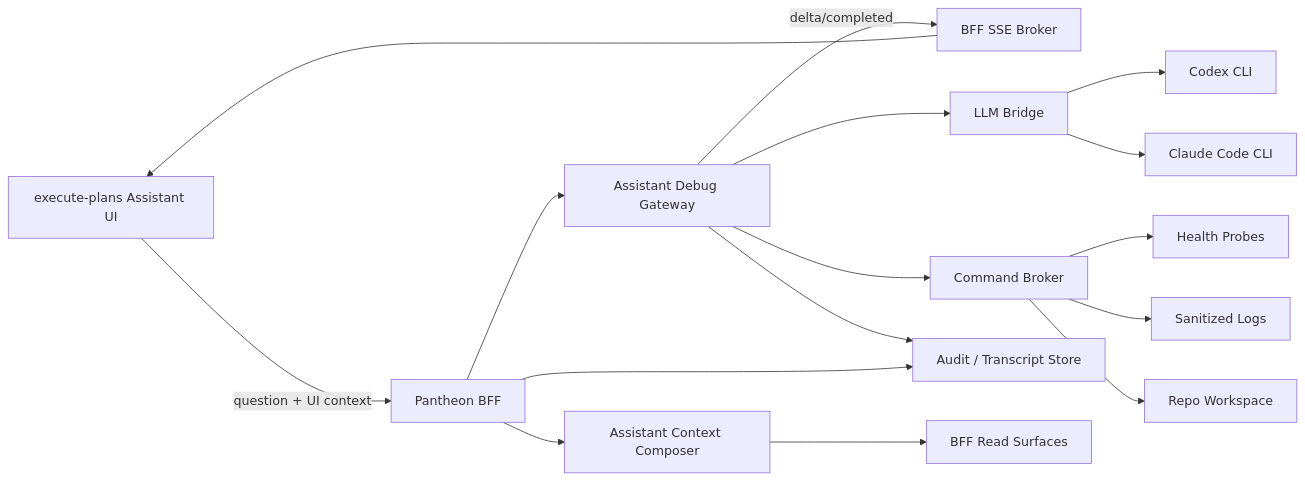
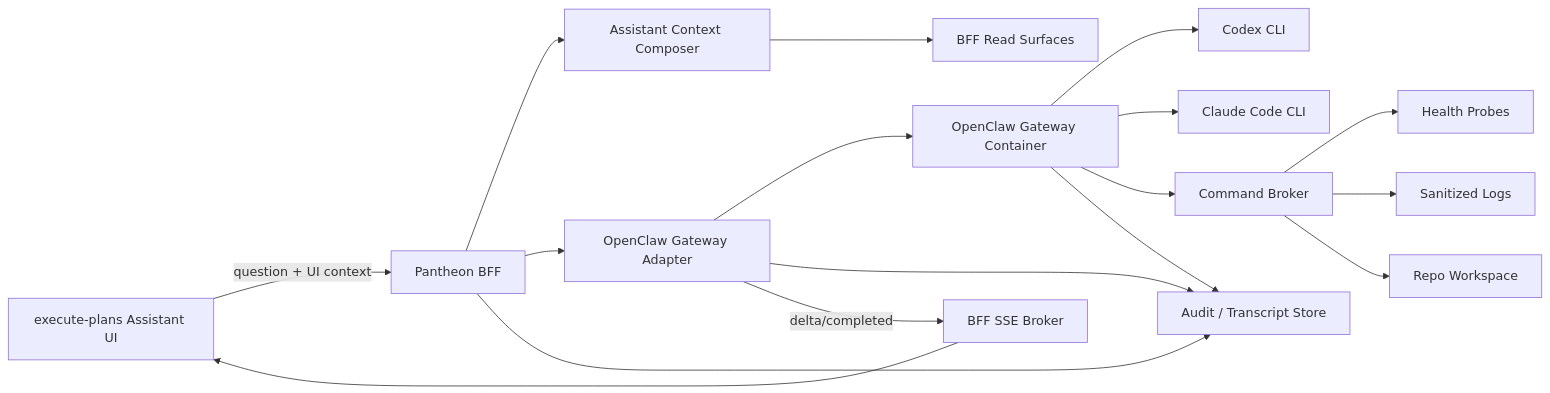
The diagram in docs/04/pantheon_assistant_kernel_user_2026-05-31/SD_assistant_kernel_user_mode.md (ajoe734/pantheon), drawn with Mermaid before and after one commit. The commit also changed other lines of this file and 5 other files, not shown here.

````diff
--- a/docs/04/pantheon_assistant_kernel_user_2026-05-31/SD_assistant_kernel_user_mode.md
+++ b/docs/04/pantheon_assistant_kernel_user_2026-05-31/SD_assistant_kernel_user_mode.md
@@ -34,33 +37,34 @@
 ```mermaid
 flowchart LR
   UI[execute-plans Assistant UI]
   BFF[Pantheon BFF]
   CTX[Assistant Context Composer]
   SSE[BFF SSE Broker]
-  GW[Assistant Debug Gateway]
-  BRIDGE[LLM Bridge]
+  OCA[OpenClaw Gateway Adapter]
+  OCG[OpenClaw Gateway Container]
   CODEX[Codex CLI]
   CLAUDE[Claude Code CLI]
   BROKER[Command Broker]
   LOGS[Sanitized Logs]
   HEALTH[Health Probes]
   REPO[Repo Workspace]
   AUDIT[Audit / Transcript Store]
   READ[BFF Read Surfaces]
 
   UI -->|question + UI context| BFF
   BFF --> CTX
   CTX --> READ
-  BFF --> GW
-  GW --> BRIDGE
-  BRIDGE --> CODEX
-  BRIDGE --> CLAUDE
-  GW --> BROKER
+  BFF --> OCA
+  OCA --> OCG
+  OCG --> CODEX
+  OCG --> CLAUDE
+  OCG --> BROKER
   BROKER --> HEALTH
   BROKER --> LOGS
   BROKER --> REPO
-  GW --> AUDIT
+  OCA --> AUDIT
+  OCG --> AUDIT
   BFF --> AUDIT
-  GW -->|delta/completed| SSE
+  OCA -->|delta/completed| SSE
   SSE --> UI
 ```
````
